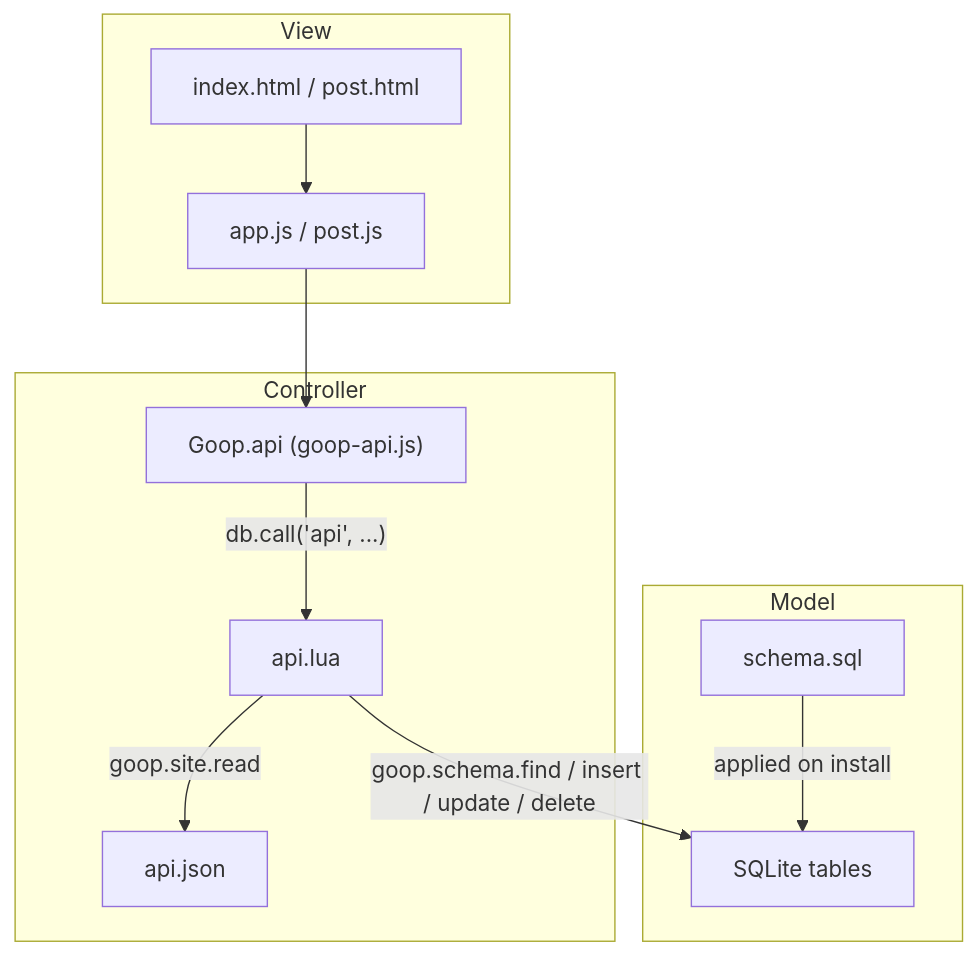
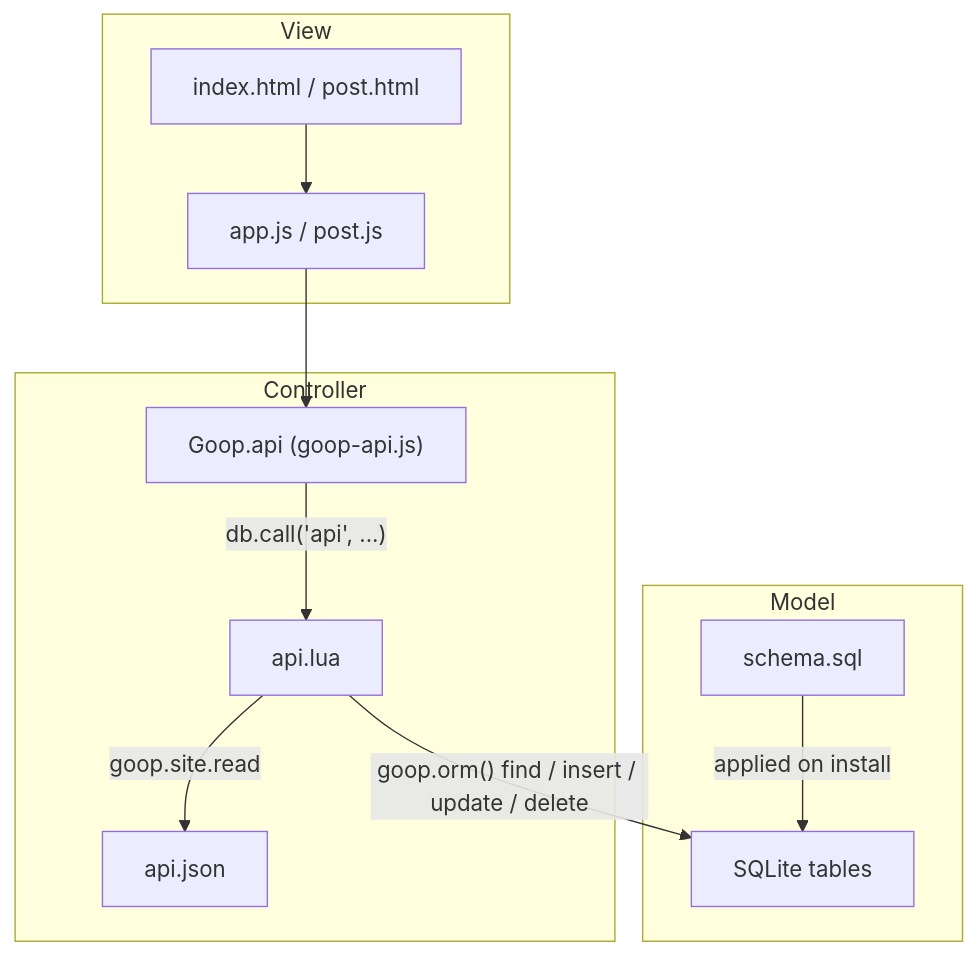
One commit to petervdpas/goop2 changed the second of 2 diagrams in internal/shareddocs/templates.md. Above: the diagram before and after it, drawn with Mermaid. The commit also changed other lines of this file and 8 other files, not shown here.

````diff
--- a/internal/shareddocs/templates.md
+++ b/internal/shareddocs/templates.md
@@ -202,22 +202,22 @@
 ```mermaid
 flowchart TD
     subgraph "View"
         HTML["index.html / post.html"]
         JS["app.js / post.js"]
     end
     subgraph "Controller"
         SDK["Goop.api (goop-api.js)"]
         LUA["api.lua"]
         CFG["api.json"]
     end
     subgraph "Model"
         DB["SQLite tables"]
         SCHEMA["schema.sql"]
     end
 
     HTML --> JS --> SDK
     SDK -->|"db.call('api', ...)"| LUA
     LUA -->|"goop.site.read"| CFG
-    LUA -->|"goop.schema.find / insert / update / delete"| DB
+    LUA -->|"goop.orm() find / insert / update / delete"| DB
     SCHEMA -->|"applied on install"| DB
 ```
````
